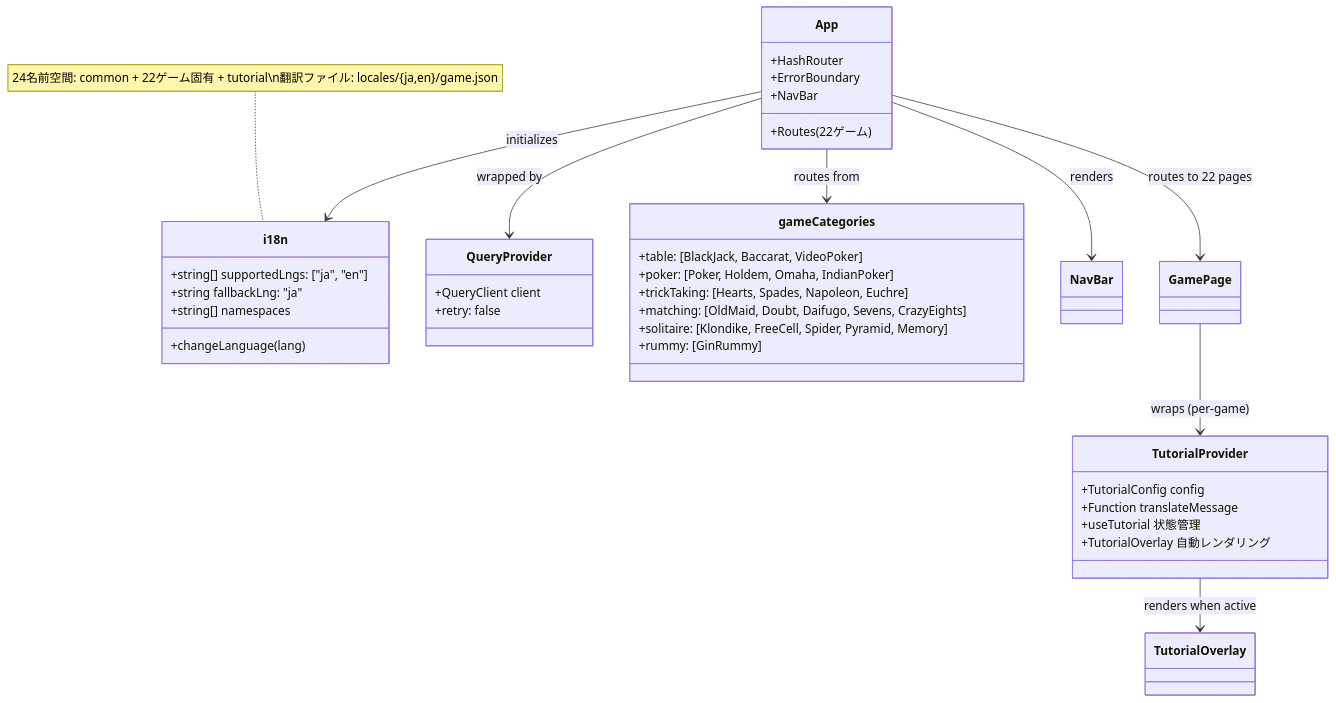
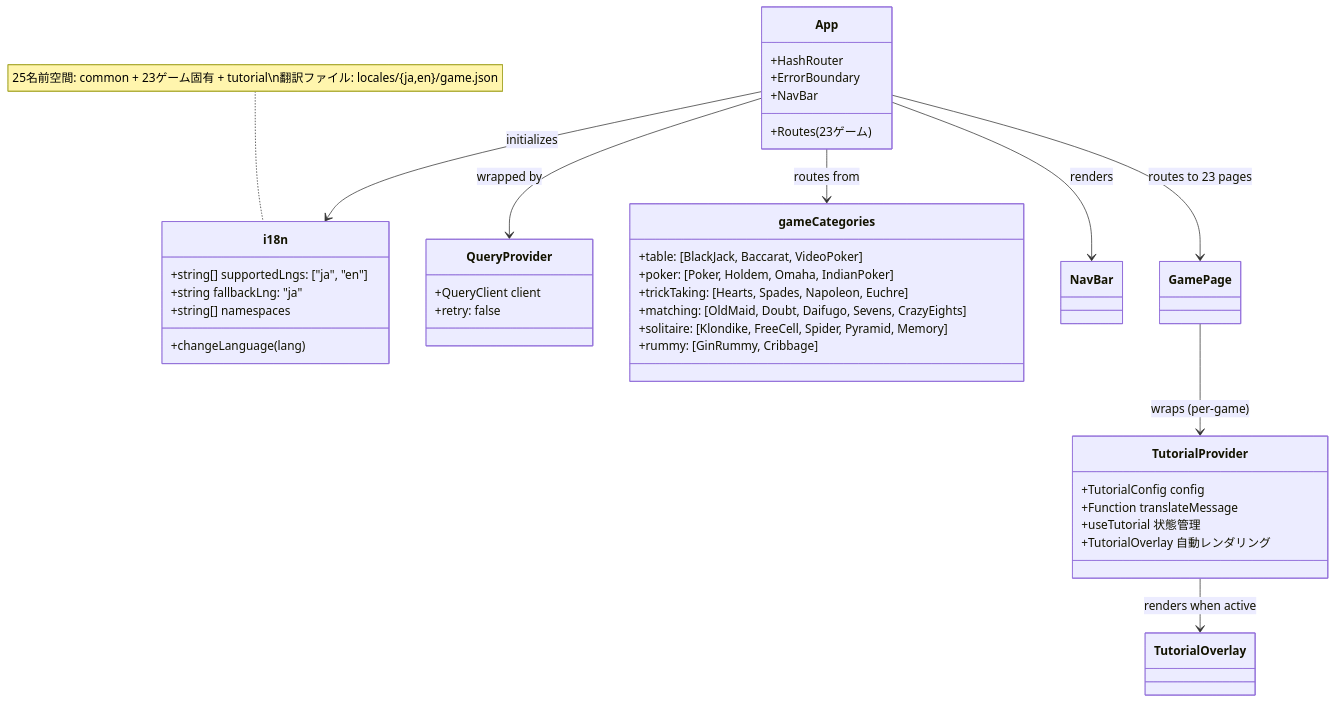
Before and after one commit to yuta-yoshinaga/go_trumpcards: the eighth of 18 diagrams in docs/design/frontend.md, drawn with Mermaid. The commit also changed other lines of this file and 54 other files, not shown here.

First line of the commit message:
feat: add Cribbage (クリベッジ) card game

````diff
--- a/docs/design/frontend.md
+++ b/docs/design/frontend.md
@@ -724,47 +779,47 @@
 ```mermaid
 classDiagram
     class i18n {
         +string[] supportedLngs: ["ja", "en"]
         +string fallbackLng: "ja"
         +string[] namespaces
         +changeLanguage(lang)
     }
 
     class QueryProvider {
         +QueryClient client
         +retry: false
     }
 
     class App {
         +HashRouter
         +ErrorBoundary
         +NavBar
-        +Routes (22ゲーム)
+        +Routes (23ゲーム)
     }
 
     class gameCategories {
         +table: [BlackJack, Baccarat, VideoPoker]
         +poker: [Poker, Holdem, Omaha, IndianPoker]
         +trickTaking: [Hearts, Spades, Napoleon, Euchre]
         +matching: [OldMaid, Doubt, Daifugo, Sevens, CrazyEights]
         +solitaire: [Klondike, FreeCell, Spider, Pyramid, Memory]
-        +rummy: [GinRummy]
+        +rummy: [GinRummy, Cribbage]
     }
 
     class TutorialProvider {
         +TutorialConfig config
         +Function translateMessage
         +useTutorial 状態管理
         +TutorialOverlay 自動レンダリング
     }
 
     App --> QueryProvider : wrapped by
     App --> i18n : initializes
     App --> gameCategories : routes from
     App --> NavBar : renders
-    App --> GamePage : routes to 22 pages
+    App --> GamePage : routes to 23 pages
     GamePage --> TutorialProvider : wraps (per-game)
     TutorialProvider --> TutorialOverlay : renders when active
 
-    note for i18n "24名前空間: common + 22ゲーム固有 + tutorial\n翻訳ファイル: locales/{ja,en}/game.json"
+    note for i18n "25名前空間: common + 23ゲーム固有 + tutorial\n翻訳ファイル: locales/{ja,en}/game.json"
 ```
````
